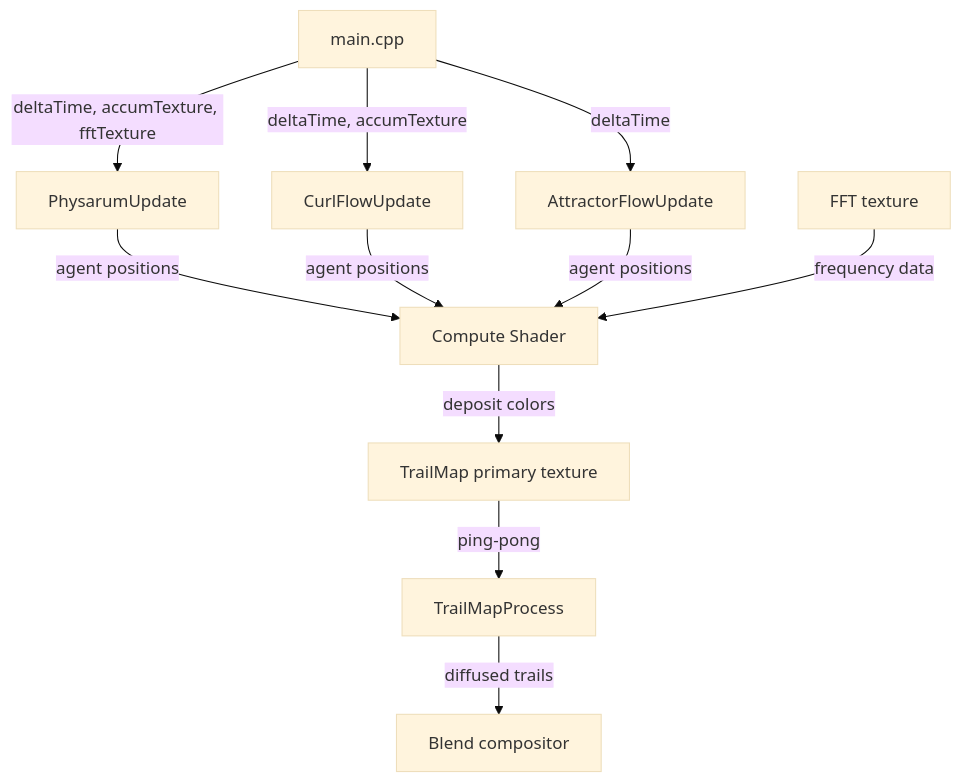
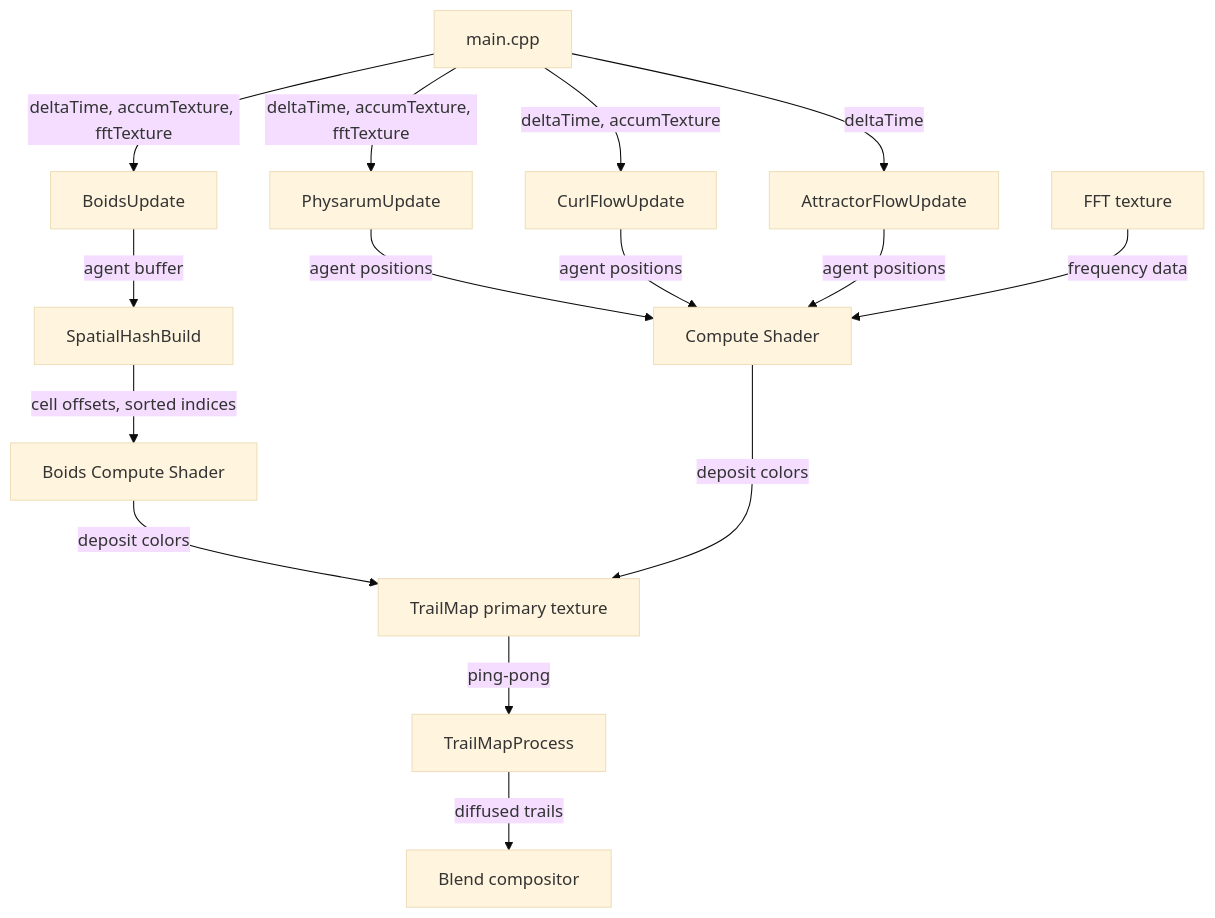
Before and after one commit to EvanLavender13/audio-jones: the diagram in docs/modules/simulation.md, drawn with Mermaid (base theme). The commit also changed other lines of this file and 6 other files, not shown here.

First line of the commit message:
Sync architecture documentation with codebase

````diff
--- a/docs/modules/simulation.md
+++ b/docs/modules/simulation.md
@@ -15,13 +17,17 @@
 ```mermaid
 graph TD
     A[main.cpp] -->|deltaTime, accumTexture, fftTexture| B[PhysarumUpdate]
     A -->|deltaTime, accumTexture| C[CurlFlowUpdate]
     A -->|deltaTime| D[AttractorFlowUpdate]
-    B -->|agent positions| E[Compute Shader]
-    C -->|agent positions| E
-    D -->|agent positions| E
-    E -->|deposit colors| F[TrailMap primary texture]
-    F -->|ping-pong| G[TrailMapProcess]
-    G -->|diffused trails| H[Blend compositor]
-    I[FFT texture] -->|frequency data| E
+    A -->|deltaTime, accumTexture, fftTexture| E[BoidsUpdate]
+    B -->|agent positions| F[Compute Shader]
+    C -->|agent positions| F
+    D -->|agent positions| F
+    E -->|agent buffer| G[SpatialHashBuild]
+    G -->|cell offsets, sorted indices| H[Boids Compute Shader]
+    H -->|deposit colors| I[TrailMap primary texture]
+    F -->|deposit colors| I
+    I -->|ping-pong| J[TrailMapProcess]
+    J -->|diffused trails| K[Blend compositor]
+    L[FFT texture] -->|frequency data| F
 ```
````
